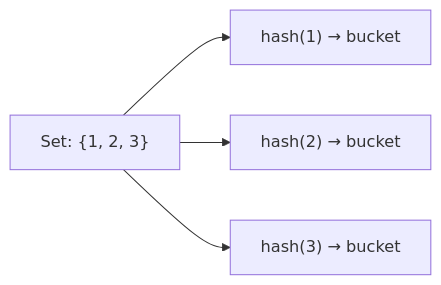
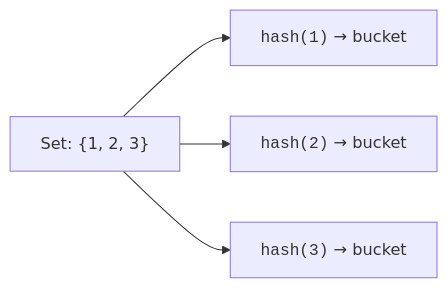
The first of 2 diagrams in content/learn/python-basics/sets.mdx (dataslope/dataslope), drawn with Mermaid before and after one commit. The commit also changed 153 other files, not shown here.

First line of the commit message:
Render code-only mermaid shapes in monospace; convert step sequences to Steps

````diff
--- a/content/learn/python-basics/sets.mdx
+++ b/content/learn/python-basics/sets.mdx
@@ -14,6 +14,6 @@
 ```mermaid
 flowchart LR
-    A["Set: {1, 2, 3}"] --> B["hash(1) → bucket"]
-    A --> C["hash(2) → bucket"]
-    A --> D["hash(3) → bucket"]
+    A["Set: {1, 2, 3}"] --> B["<code>hash(1)</code> → bucket"]
+    A --> C["<code>hash(2)</code> → bucket"]
+    A --> D["<code>hash(3)</code> → bucket"]
 ```
````
